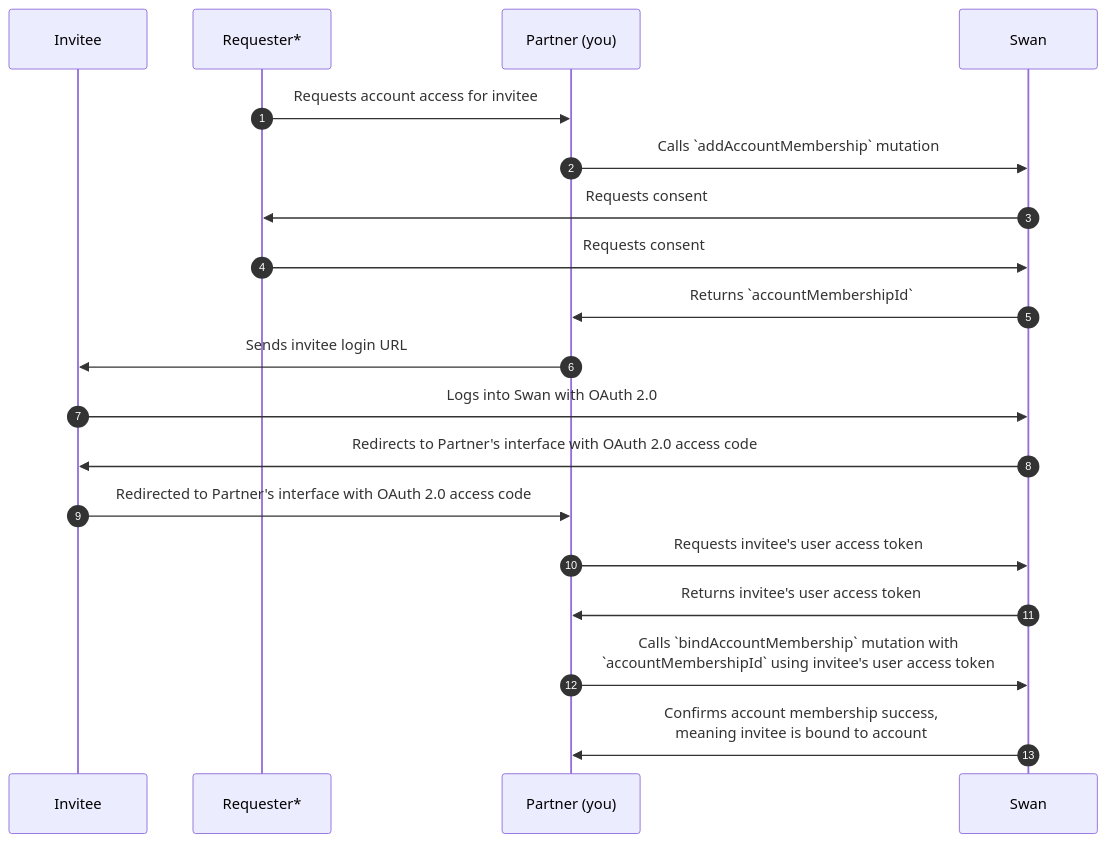
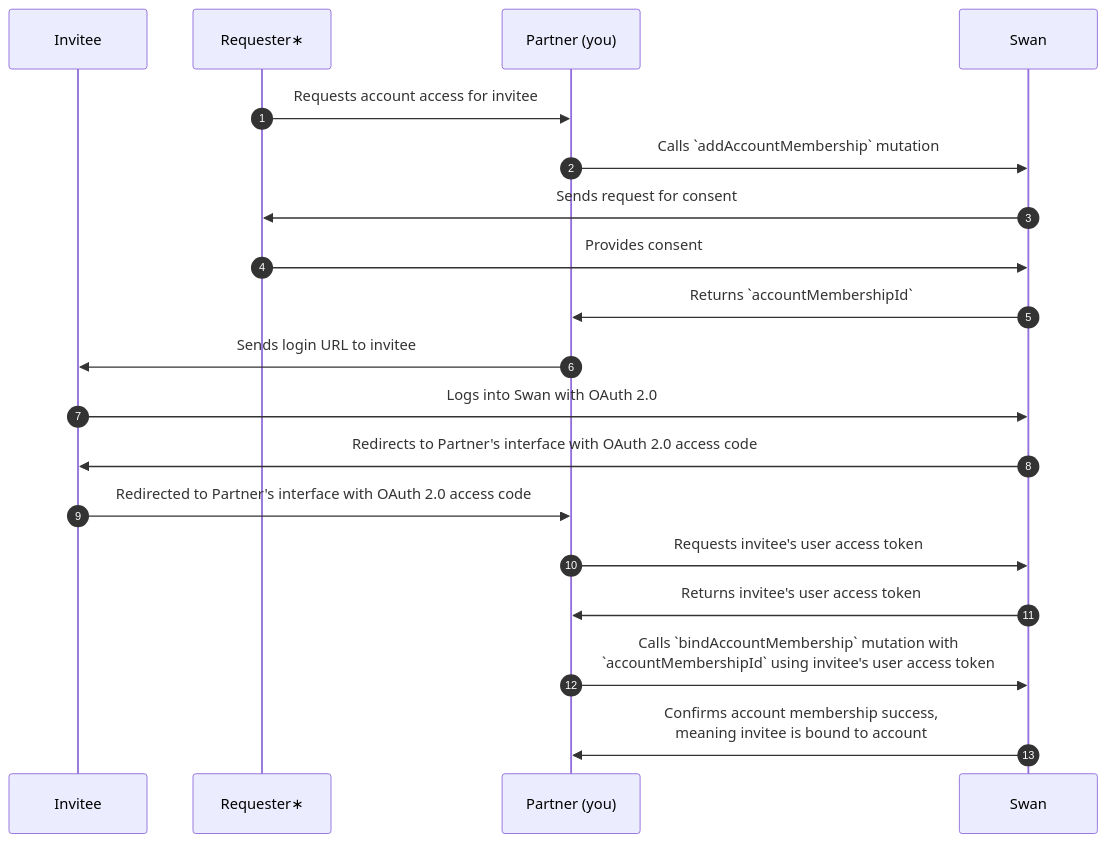
Before and after one commit to swan-io/docs: the second of 2 diagrams in docs/topics/accounts/memberships/index.mdx, drawn with Mermaid. The commit also changed other lines of this file and 13 other files, not shown here.

````diff
--- a/docs/topics/accounts/memberships/index.mdx
+++ b/docs/topics/accounts/memberships/index.mdx
@@ -141,21 +139,21 @@
 ```mermaid
 sequenceDiagram
 autonumber
 participant I as Invitee
-participant U as Requester*
+participant U as Requester∗
 participant P as Partner (you)
 participant S as Swan
     U ->> P: Requests account access for invitee
     P ->> S: Calls `addAccountMembership` mutation
-    S ->> U: Requests consent
-    U ->> S: Requests consent
+    S ->> U: Sends request for consent
+    U ->> S: Provides consent
     S ->> P: Returns `accountMembershipId`
-    P ->> I: Sends invitee login URL
+    P ->> I: Sends login URL to invitee
     I ->> S: Logs into Swan with OAuth 2.0
     S ->> I: Redirects to Partner's interface with OAuth 2.0 access code
     I ->> P: Redirected to Partner's interface with OAuth 2.0 access code
     P ->> S: Requests invitee's user access token
     S ->> P: Returns invitee's user access token
     P ->> S: Calls `bindAccountMembership` mutation with<br />`accountMembershipId` using invitee's user access token
     S ->> P: Confirms account membership success,<br />meaning invitee is bound to account
 ```
````
